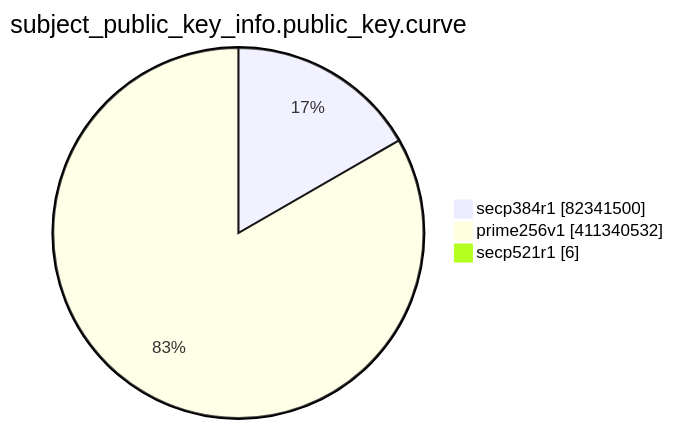
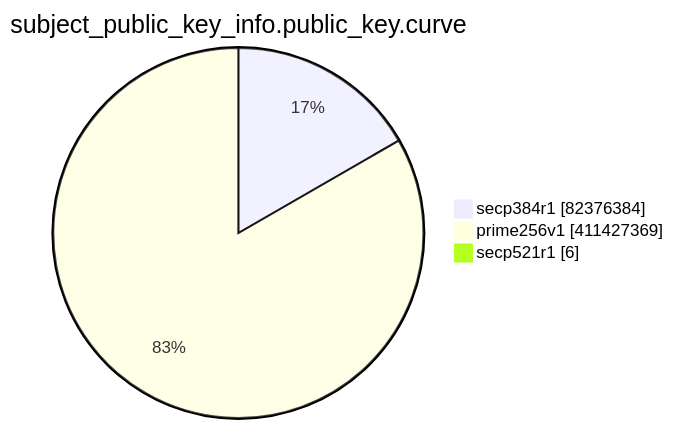
The eighth of 15 diagrams in TOTAL/README.md (christiankrug/ctmonitor_visualization), drawn with Mermaid before and after one commit. The commit also changed other lines of this file, not shown here.

````diff
--- a/TOTAL/README.md
+++ b/TOTAL/README.md
@@ -3097,7 +3097,7 @@
 ```mermaid
 pie showData
 title subject_public_key_info.public_key.curve
-"secp384r1" :82341500
-"prime256v1" :411340532
+"secp384r1" :82376384
+"prime256v1" :411427369
 "secp521r1" :6
 ```
````
